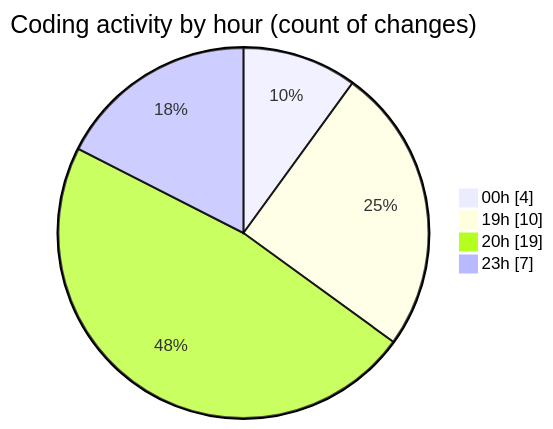
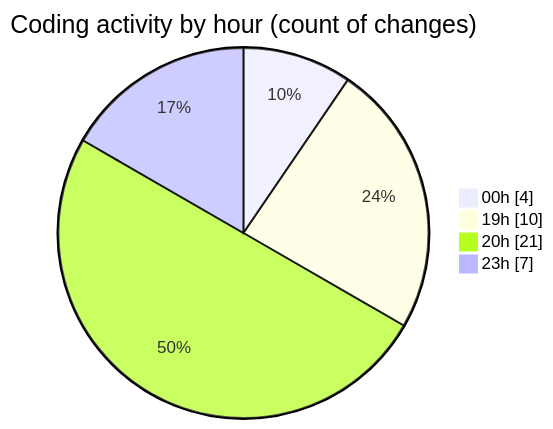
One commit to momahboobian/code-tracking changed the second of 2 diagrams in 2025-02-27/cda/README.md. Above: the diagram before and after it, drawn with Mermaid. The commit also changed other lines of this file and 1 other file, not shown here.

````diff
--- a/2025-02-27/cda/README.md
+++ b/2025-02-27/cda/README.md
@@ -37,8 +37,8 @@
 ```mermaid
 pie showData
 title Coding activity by hour (count of changes)
 "00h" : 4
 "19h" : 10
-"20h" : 19
+"20h" : 21
 "23h" : 7
 ```
````
